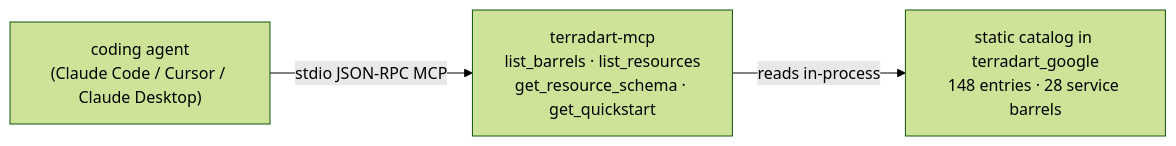
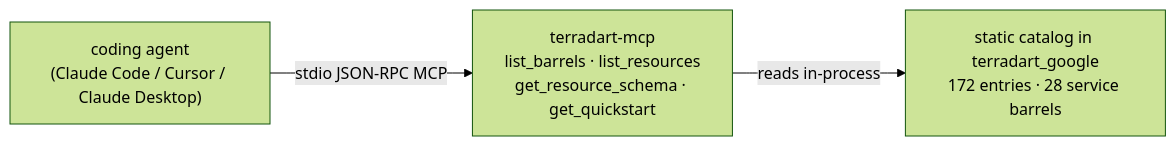
Before and after one commit to nozomi-koborinai/terradart: the diagram in website/src/content/docs/docs/agent/index.md, drawn with Mermaid (forest theme). The commit also changed other lines of this file and 111 other files, not shown here.

````diff
--- a/website/src/content/docs/docs/agent/index.md
+++ b/website/src/content/docs/docs/agent/index.md
@@ -12,8 +12,8 @@
 ```mermaid
 graph LR
   agent["coding agent<br/>(Claude Code / Cursor / Claude Desktop)"]
   mcp["terradart-mcp<br/>list_barrels · list_resources<br/>get_resource_schema · get_quickstart"]
-  catalog["static catalog in terradart_google<br/>148 entries · 28 service barrels"]
+  catalog["static catalog in terradart_google<br/>172 entries · 28 service barrels"]
   agent -->|stdio JSON-RPC MCP| mcp
   mcp -->|reads in-process| catalog
 ```
````
